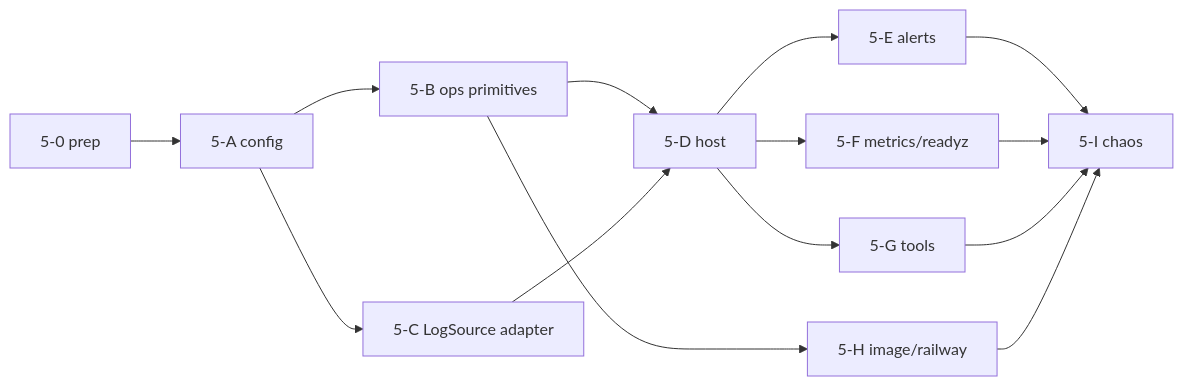
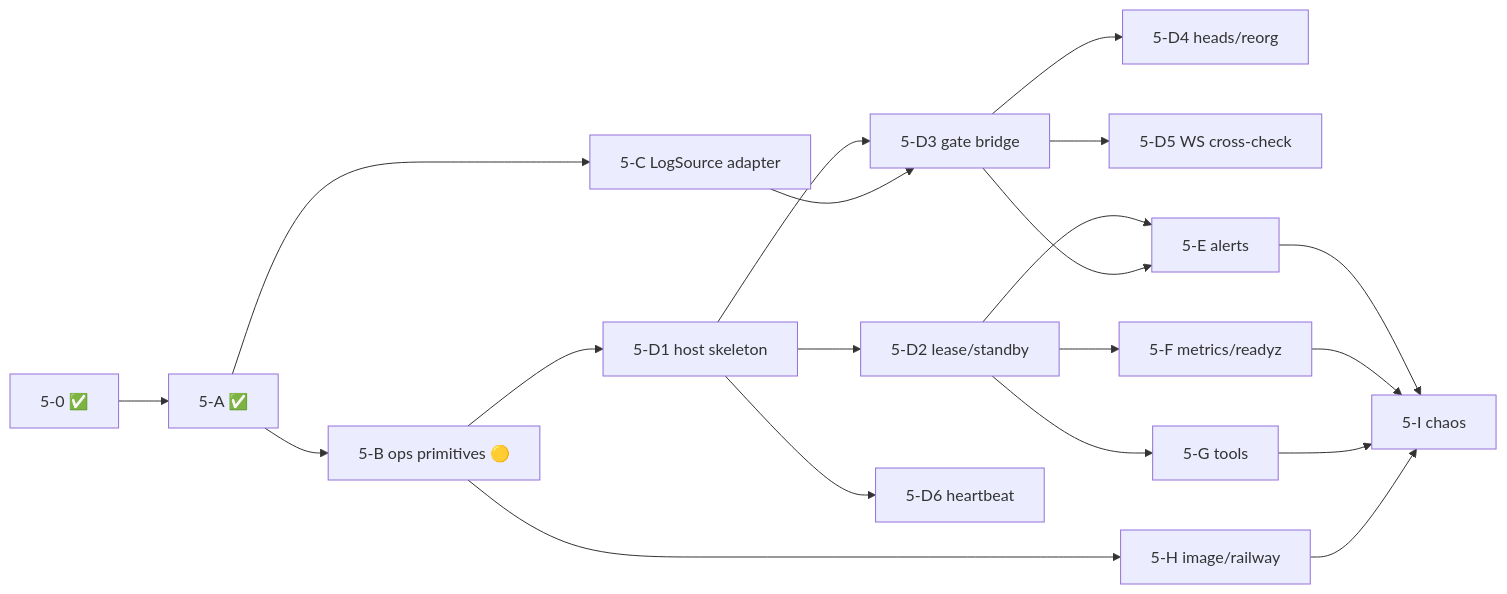
The diagram in doc/implmentation_plans/90_phase5_readiness_and_tasks.md (groai-fi/evm_cpp_listener), drawn with Mermaid before and after one commit. The commit also changed other lines of this file and 2 other files, not shown here.

````diff
--- a/doc/implmentation_plans/90_phase5_readiness_and_tasks.md
+++ b/doc/implmentation_plans/90_phase5_readiness_and_tasks.md
@@ -230,16 +167,22 @@
 ```mermaid
 graph LR
-  P0["5-0 prep"] --> A["5-A config"]
-  A --> B["5-B ops primitives"]
+  P0["5-0 ✅"] --> A["5-A ✅"]
+  A --> B["5-B ops primitives 🟡"]
   A --> C["5-C LogSource adapter"]
-  B --> D["5-D host"]
-  C --> D
-  D --> E["5-E alerts"]
-  D --> F["5-F metrics/readyz"]
-  D --> G["5-G tools"]
+  B --> D1["5-D1 host skeleton"]
+  D1 --> D2["5-D2 lease/standby"]
+  D1 --> D3["5-D3 gate bridge"]
+  C --> D3
+  D3 --> D4["5-D4 heads/reorg"]
+  D3 --> D5["5-D5 WS cross-check"]
+  D1 --> D6["5-D6 heartbeat"]
+  D2 --> E["5-E alerts"]
+  D3 --> E
+  D2 --> F["5-F metrics/readyz"]
+  D2 --> G["5-G tools"]
   B --> H["5-H image/railway"]
   E --> I["5-I chaos"]
   F --> I
   G --> I
   H --> I
 ```
````
